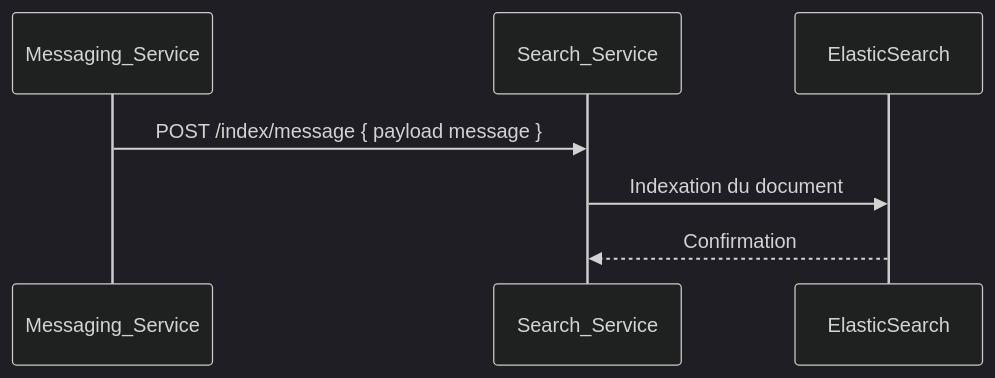
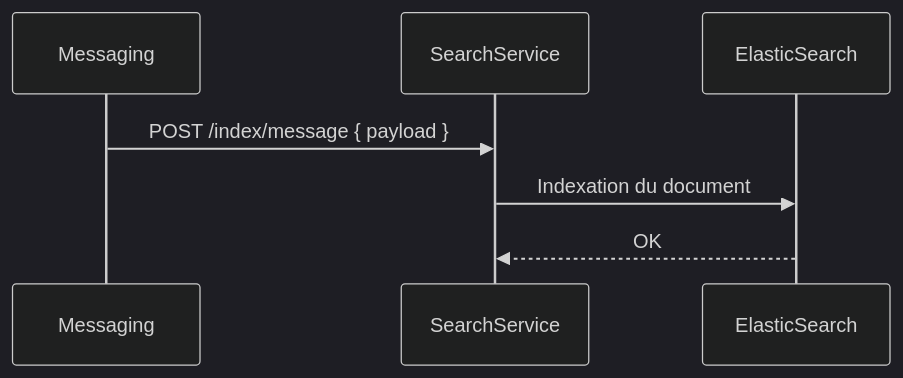
Before and after one commit to Razano26/Beep-TAD.AM: the second of 3 diagrams in vue-technique/05-recherche.adoc, drawn with Mermaid (dark theme). The commit also changed other lines of this file and 5 other files, not shown here.

Commit message:
feat: Update technical documentation for Beep application, enhancing sections on architecture, observability, security, search integration, UI integration, and production management for improved clarity and detail

```diff
--- a/vue-technique/05-recherche.adoc
+++ b/vue-technique/05-recherche.adoc
@@ -74,11 +61,11 @@
 [mermaid]
 ----
 sequenceDiagram
-    participant Messaging_Service
-    participant Search_Service
+    participant Messaging
+    participant SearchService
     participant ElasticSearch
 
-    Messaging_Service->>Search_Service: POST /index/message { payload message }
-    Search_Service->>ElasticSearch: Indexation du document
-    ElasticSearch-->>Search_Service: Confirmation
+    Messaging->>SearchService: POST /index/message { payload }
+    SearchService->>ElasticSearch: Indexation du document
+    ElasticSearch-->>SearchService: OK
 ----
```
